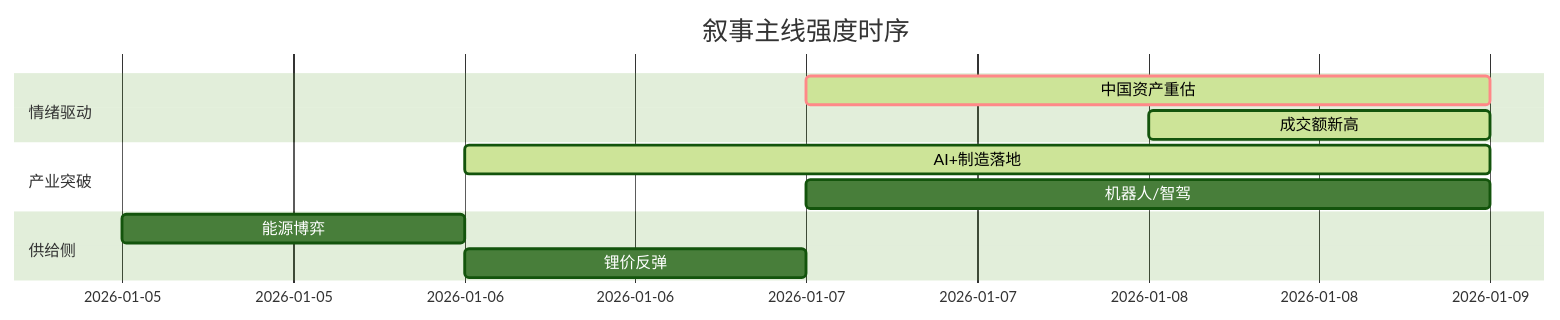
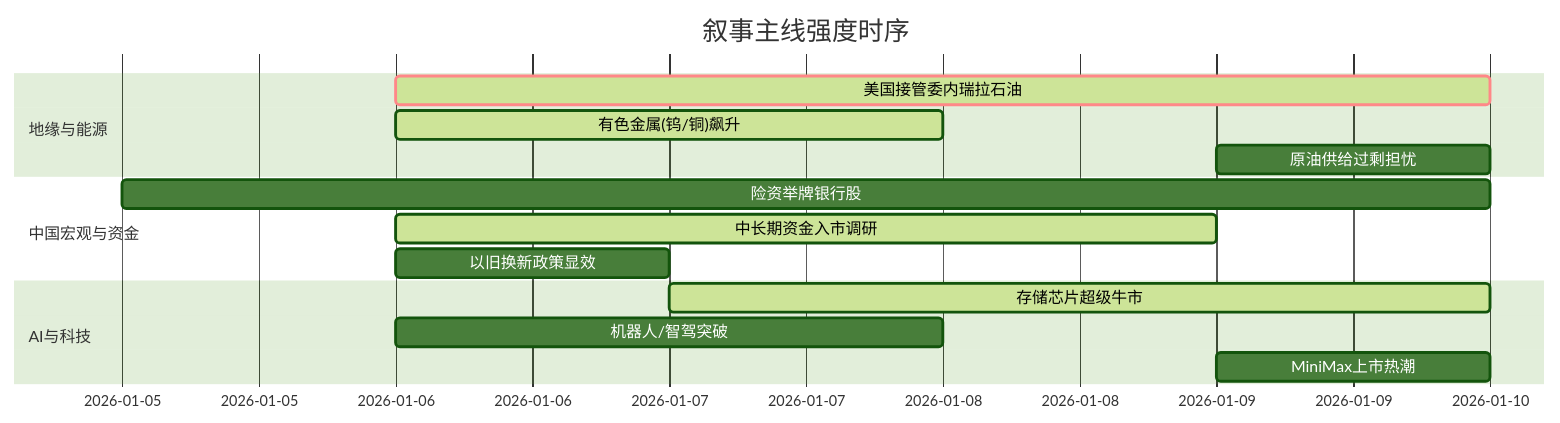
One commit to uu5zn/uu5zn.github.io changed the diagram in 5day_report.md. Above: the diagram before and after it, drawn with Mermaid (forest theme). The commit also changed other lines of this file and 2 other files, not shown here.

````diff
--- a/5day_report.md
+++ b/5day_report.md
@@ -53,16 +53,19 @@
 ```mermaid
 gantt
     title 叙事主线强度时序
     dateFormat  YYYY-MM-DD
-    section 情绪驱动
-    中国资产重估   :crit, active, 2026-01-07, 2d
-    成交额新高     :active, 2026-01-08, 1d
+    section 地缘与能源
+    美国接管委内瑞拉石油   :crit, active, 2026-01-06, 4d
+    有色金属(钨/铜)飙升     :active, 2026-01-06, 2d
+    原油供给过剩担忧       :2026-01-09, 1d
     
-    section 产业突破
-    AI+制造落地   :active, 2026-01-06, 3d
-    机器人/智驾   :2026-01-07, 2d
+    section 中国宏观与资金
+    险资举牌银行股         :2026-01-05, 5d
+    中长期资金入市调研     :active, 2026-01-06, 3d
+    以旧换新政策显效       :2026-01-06, 1d
     
-    section 供给侧
-    能源博弈       :2026-01-05, 1d
-    锂价反弹       :2026-01-06, 1d
+    section AI与科技
+    存储芯片超级牛市       :active, 2026-01-07, 3d
+    机器人/智驾突破        :2026-01-06, 2d
+    MiniMax上市热潮        :2026-01-09, 1d
 ```
````
